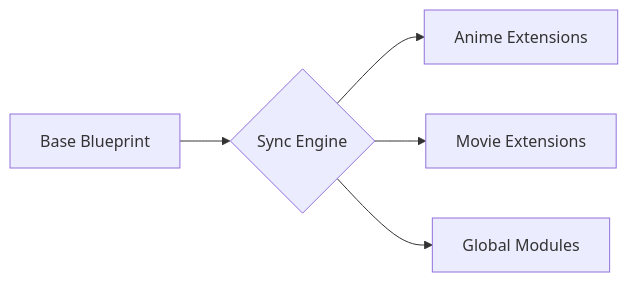
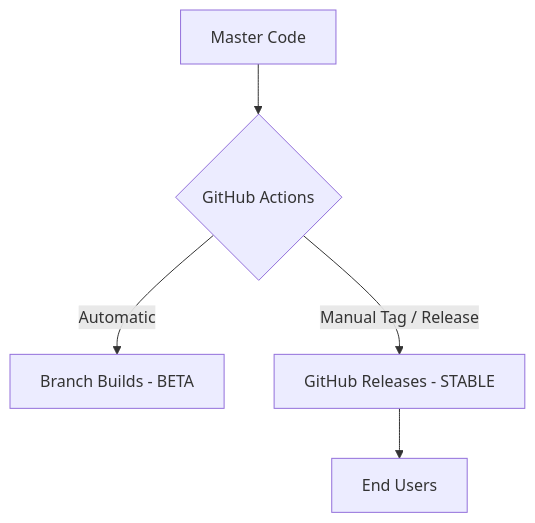
The diagram in README.md (byimam2nd/oce), drawn with Mermaid before and after one commit. The commit also changed other lines of this file and 1 other file, not shown here.

Commit message:
docs: update documentation to reflect the new GitHub Release distribution system

````diff
--- a/README.md
+++ b/README.md
@@ -80,7 +87,7 @@
 ```mermaid
-graph LR
-    A[Base Blueprint] --> B{Sync Engine}
-    B --> C[Anime Extensions]
-    B --> D[Movie Extensions]
-    B --> E[Global Modules]
+graph TD
+    A[Master Code] --> B{GitHub Actions}
+    B -->|Automatic| C[Branch Builds - BETA]
+    B -->|Manual Tag / Release| D[GitHub Releases - STABLE]
+    D --> E[End Users]
 ```
````
